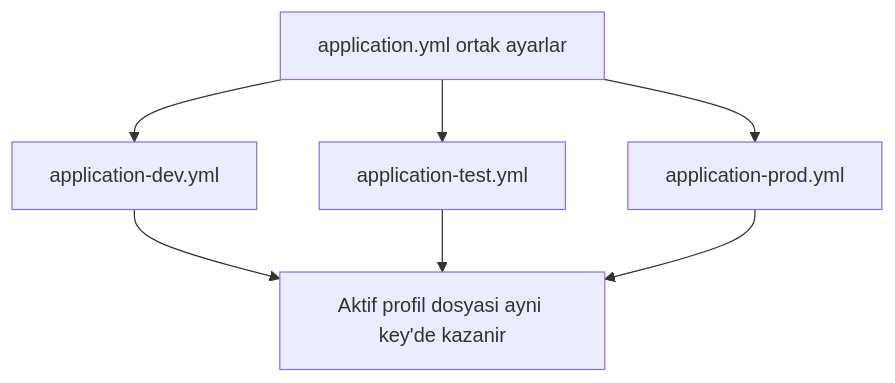
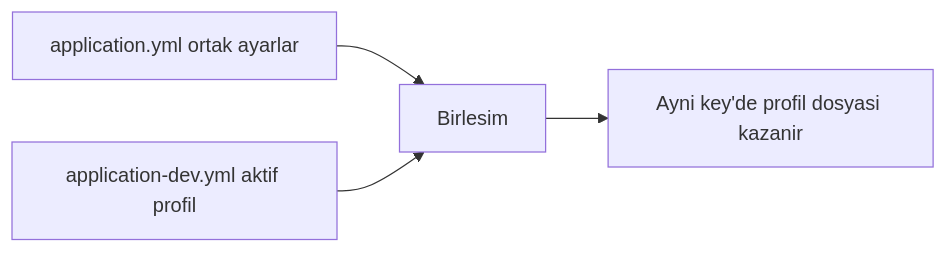
Before and after one commit to adraarda23/banking-learning: the second of 4 diagrams in 01-foundation/02-project-setup/README.md, drawn with Mermaid. The commit also changed other lines of this file and 37 other files, not shown here.

````diff
--- a/01-foundation/02-project-setup/README.md
+++ b/01-foundation/02-project-setup/README.md
@@ -296,9 +270,6 @@
 ```mermaid
-flowchart TD
-    BASE["application.yml ortak ayarlar"] --> DEV["application-dev.yml"]
-    BASE --> TEST["application-test.yml"]
-    BASE --> PROD["application-prod.yml"]
-    DEV --> RES["Aktif profil dosyasi ayni key'de kazanir"]
-    TEST --> RES
-    PROD --> RES
+flowchart LR
+    BASE["application.yml ortak ayarlar"] --> MERGE["Birlesim"]
+    PROF["application-dev.yml aktif profil"] --> MERGE
+    MERGE --> RES["Ayni key'de profil dosyasi kazanir"]
 ```
````
